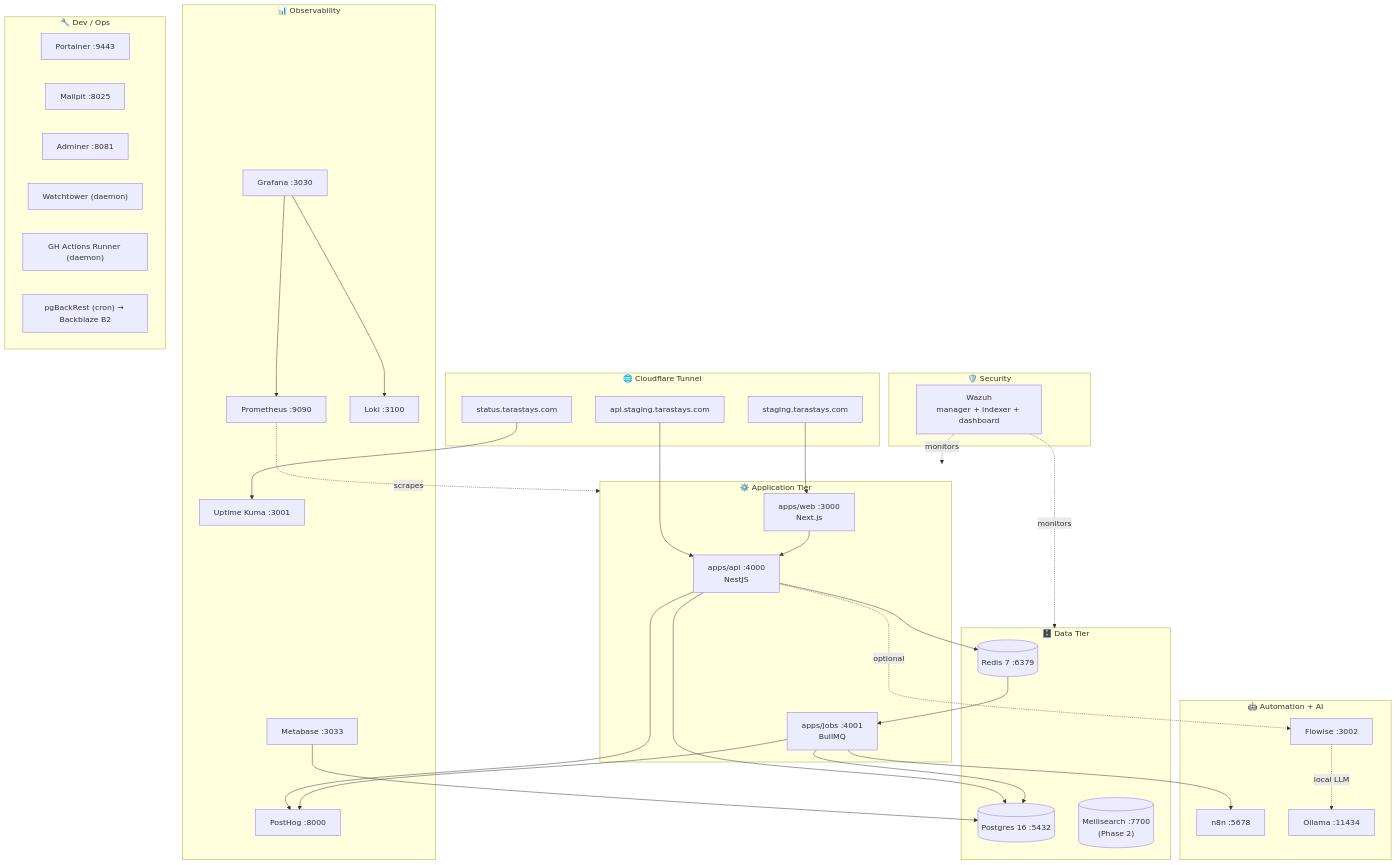
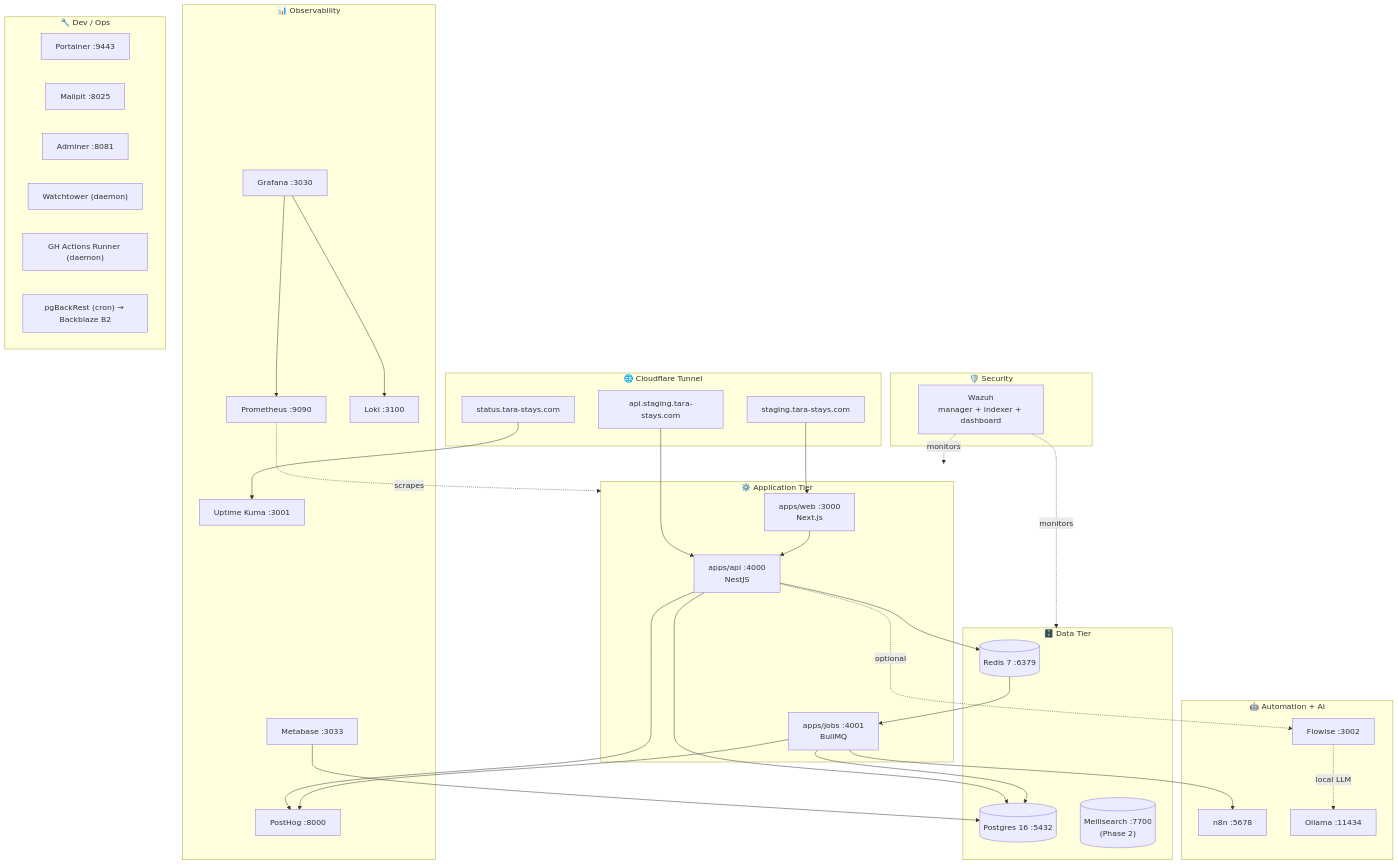
Before and after one commit to ialexies/tara: the fifth of 17 diagrams in docs/architecture/diagrams.md, drawn with Mermaid. The commit also changed other lines of this file and 11 other files, not shown here.

Commit message:
chore: switch domain from tarastays.com to tara-stays.com

````diff
--- a/docs/architecture/diagrams.md
+++ b/docs/architecture/diagrams.md
@@ -226,71 +226,71 @@
 ```mermaid
 flowchart TB
   subgraph CFEdge["🌐 Cloudflare Tunnel"]
-    T1["staging.tarastays.com"]
-    T2["api.staging.tarastays.com"]
-    T3["status.tarastays.com"]
+    T1["staging.tara-stays.com"]
+    T2["api.staging.tara-stays.com"]
+    T3["status.tara-stays.com"]
   end
 
   subgraph App["⚙️ Application Tier"]
     Web["apps/web :3000<br/>Next.js"]
     API["apps/api :4000<br/>NestJS"]
     Jobs["apps/jobs :4001<br/>BullMQ"]
   end
 
   subgraph Data["🗄️ Data Tier"]
     PG[("Postgres 16 :5432")]
     RD[("Redis 7 :6379")]
     MS[("Meilisearch :7700<br/>(Phase 2)")]
   end
 
   subgraph AI["🤖 Automation + AI"]
     N8N["n8n :5678"]
     FW["Flowise :3002"]
     OL["Ollama :11434"]
   end
 
   subgraph Obs["📊 Observability"]
     UK["Uptime Kuma :3001"]
     GR["Grafana :3030"]
     PR["Prometheus :9090"]
     LO["Loki :3100"]
     PH["PostHog :8000"]
     MB["Metabase :3033"]
   end
 
   subgraph Sec["🛡️ Security"]
     WZ["Wazuh<br/>manager + indexer + dashboard"]
   end
 
   subgraph DevOps["🔧 Dev / Ops"]
     PT["Portainer :9443"]
     MP["Mailpit :8025"]
     AD["Adminer :8081"]
     WT["Watchtower (daemon)"]
     GAR["GH Actions Runner (daemon)"]
     BR["pgBackRest (cron) → Backblaze B2"]
   end
 
   T1 --> Web
   T2 --> API
   T3 --> UK
 
   Web --> API
   API --> PG
   API --> RD
   RD --> Jobs
   Jobs --> PG
   Jobs --> N8N
   API -.optional.-> FW
   FW -.local LLM.-> OL
 
   API --> PH
   Jobs --> PH
   MB --> PG
 
   WZ -.monitors.-> App
   WZ -.monitors.-> Data
   GR --> PR
   GR --> LO
   PR -.scrapes.-> App
 ```
````
